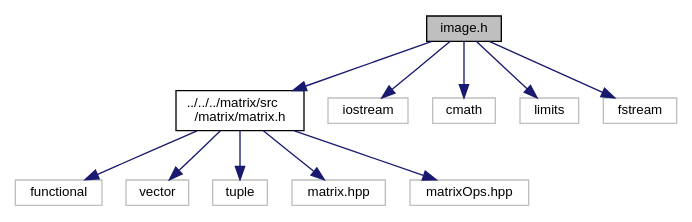
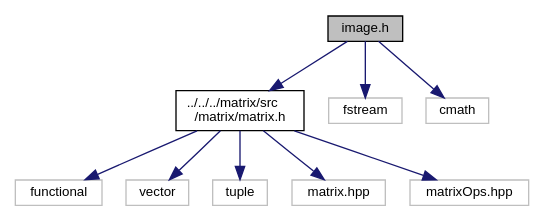
Before and after one commit to kylehovey/MATH_5620: the diagram in softwareManual/image_8h__incl.dot, drawn with Graphviz. The commit also changed 134 other files, not shown here.

```diff
--- a/softwareManual/image_8h__incl.dot
+++ b/softwareManual/image_8h__incl.dot
@@ -1,26 +1,22 @@
 digraph "image.h"
 {
   edge [fontname="Helvetica",fontsize="10",labelfontname="Helvetica",labelfontsize="10"];
   node [fontname="Helvetica",fontsize="10",shape=record];
   Node0 [label="image.h",height=0.2,width=0.4,color="black", fillcolor="grey75", style="filled", fontcolor="black"];
   Node0 -> Node1 [color="midnightblue",fontsize="10",style="solid",fontname="Helvetica"];
   Node1 [label="../../../matrix/src\l/matrix/matrix.h",height=0.2,width=0.4,color="black", fillcolor="white", style="filled",URL="$matrix_8h.html"];
   Node1 -> Node2 [color="midnightblue",fontsize="10",style="solid",fontname="Helvetica"];
   Node2 [label="functional",height=0.2,width=0.4,color="grey75", fillcolor="white", style="filled"];
   Node1 -> Node3 [color="midnightblue",fontsize="10",style="solid",fontname="Helvetica"];
   Node3 [label="vector",height=0.2,width=0.4,color="grey75", fillcolor="white", style="filled"];
   Node1 -> Node4 [color="midnightblue",fontsize="10",style="solid",fontname="Helvetica"];
   Node4 [label="tuple",height=0.2,width=0.4,color="grey75", fillcolor="white", style="filled"];
   Node1 -> Node5 [color="midnightblue",fontsize="10",style="solid",fontname="Helvetica"];
   Node5 [label="matrix.hpp",height=0.2,width=0.4,color="grey75", fillcolor="white", style="filled"];
   Node1 -> Node6 [color="midnightblue",fontsize="10",style="solid",fontname="Helvetica"];
   Node6 [label="matrixOps.hpp",height=0.2,width=0.4,color="grey75", fillcolor="white", style="filled"];
   Node0 -> Node7 [color="midnightblue",fontsize="10",style="solid",fontname="Helvetica"];
-  Node7 [label="iostream",height=0.2,width=0.4,color="grey75", fillcolor="white", style="filled"];
+  Node7 [label="fstream",height=0.2,width=0.4,color="grey75", fillcolor="white", style="filled"];
   Node0 -> Node8 [color="midnightblue",fontsize="10",style="solid",fontname="Helvetica"];
   Node8 [label="cmath",height=0.2,width=0.4,color="grey75", fillcolor="white", style="filled"];
-  Node0 -> Node9 [color="midnightblue",fontsize="10",style="solid",fontname="Helvetica"];
-  Node9 [label="limits",height=0.2,width=0.4,color="grey75", fillcolor="white", style="filled"];
-  Node0 -> Node10 [color="midnightblue",fontsize="10",style="solid",fontname="Helvetica"];
-  Node10 [label="fstream",height=0.2,width=0.4,color="grey75", fillcolor="white", style="filled"];
 }
```
